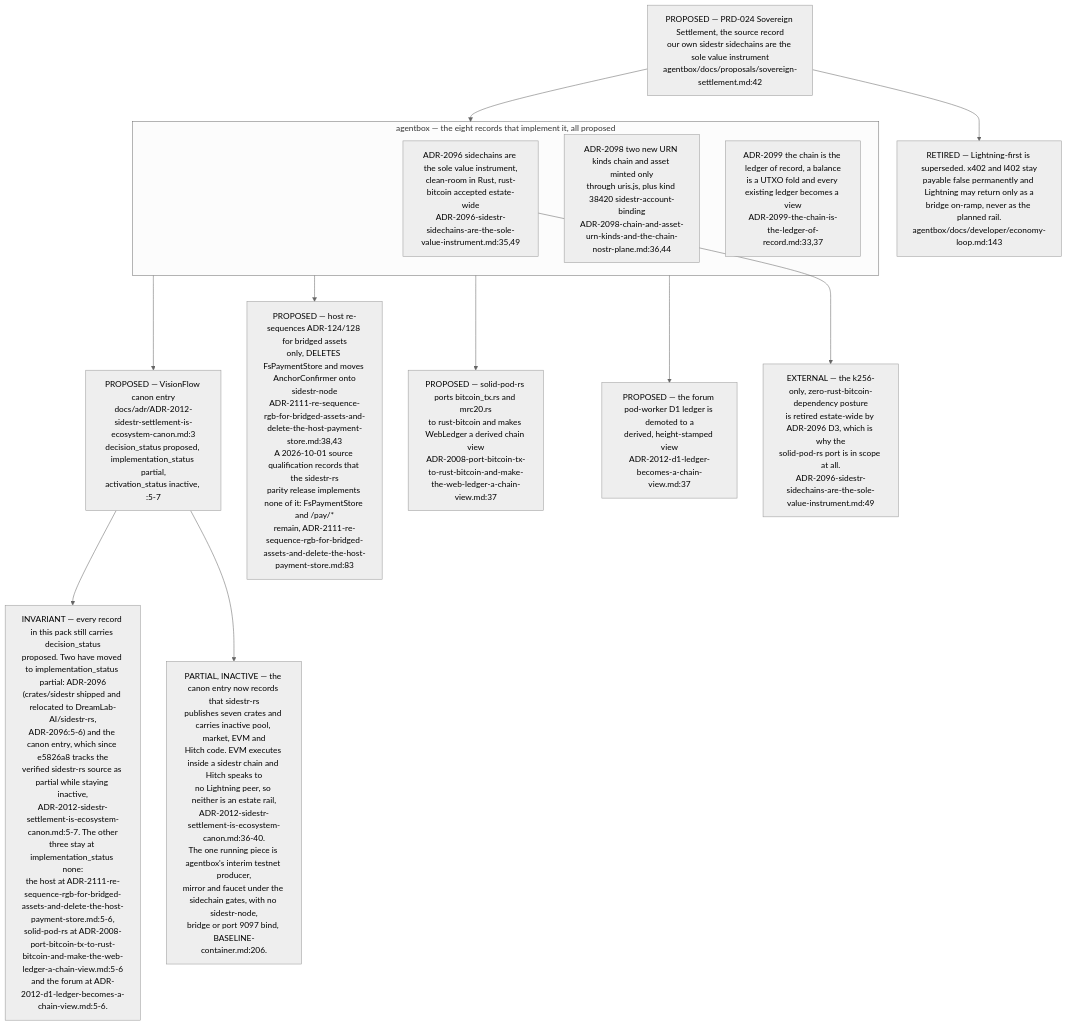
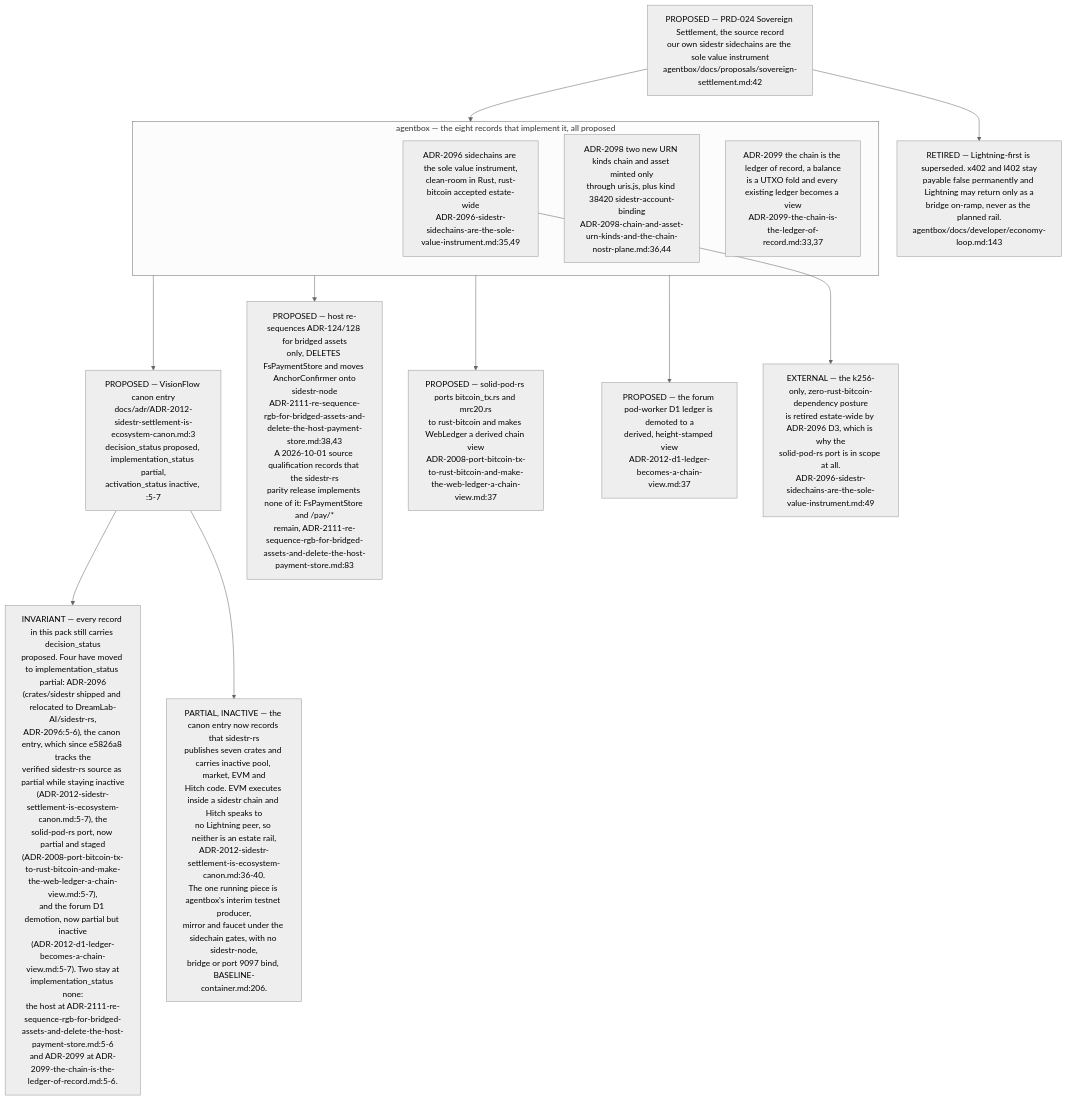
Diagram 11 of 12 in docs/diagrams/estate/03-cross-repo-federation-contract.md (DreamLab-AI/VisionFlow), drawn with Mermaid (neutral theme) before and after one commit. The commit also changed other lines of this file and 111 other files, not shown here.

Commit message:
docs(diagrams): align estate maps with current source

````diff
--- a/docs/diagrams/estate/03-cross-repo-federation-contract.md
+++ b/docs/diagrams/estate/03-cross-repo-federation-contract.md
@@ -441,32 +445,32 @@
 ```mermaid
 flowchart TB
     PRD["PROPOSED — PRD-024 Sovereign Settlement, the source record<br/>our own sidestr sidechains are the sole value instrument<br/>agentbox/docs/proposals/sovereign-settlement.md:42"]
 
     subgraph AB["agentbox — the eight records that implement it, all proposed"]
         A96["ADR-2096 sidechains are the sole value instrument,<br/>clean-room in Rust, rust-bitcoin accepted estate-wide<br/>ADR-2096-sidestr-sidechains-are-the-sole-value-instrument.md:35,49"]
         A98["ADR-2098 two new URN kinds chain and asset minted only<br/>through uris.js, plus kind 38420 sidestr-account-binding<br/>ADR-2098-chain-and-asset-urn-kinds-and-the-chain-nostr-plane.md:36,44"]
         A99["ADR-2099 the chain is the ledger of record, a balance<br/>is a UTXO fold and every existing ledger becomes a view<br/>ADR-2099-the-chain-is-the-ledger-of-record.md:33,37"]
     end
     PRD --> AB
 
     CANON["PROPOSED — VisionFlow canon entry<br/>docs/adr/ADR-2012-sidestr-settlement-is-ecosystem-canon.md:3<br/>decision_status proposed, implementation_status partial,<br/>activation_status inactive, :5-7"]
     HOST["PROPOSED — host re-sequences ADR-124/128 for bridged assets<br/>only, DELETES FsPaymentStore and moves AnchorConfirmer onto<br/>sidestr-node<br/>ADR-2111-re-sequence-rgb-for-bridged-assets-and-delete-the-host-payment-store.md:38,43<br/>A 2026-10-01 source qualification records that the sidestr-rs<br/>parity release implements none of it: FsPaymentStore and /pay/*<br/>remain, ADR-2111-re-sequence-rgb-for-bridged-assets-and-delete-the-host-payment-store.md:83"]
     SPR["PROPOSED — solid-pod-rs ports bitcoin_tx.rs and mrc20.rs<br/>to rust-bitcoin and makes WebLedger a derived chain view<br/>ADR-2008-port-bitcoin-tx-to-rust-bitcoin-and-make-the-web-ledger-a-chain-view.md:37"]
     FRM["PROPOSED — the forum pod-worker D1 ledger is demoted to a<br/>derived, height-stamped view<br/>ADR-2012-d1-ledger-becomes-a-chain-view.md:37"]
 
     AB --> CANON
     AB --> HOST
     AB --> SPR
     AB --> FRM
 
-    INV["INVARIANT — every record in this pack still carries decision_status<br/>proposed. Two have moved to implementation_status partial: ADR-2096<br/>(crates/sidestr shipped and relocated to DreamLab-AI/sidestr-rs,<br/>ADR-2096:5-6) and the canon entry, which since e5826a8 tracks the<br/>verified sidestr-rs source as partial while staying inactive,<br/>ADR-2012-sidestr-settlement-is-ecosystem-canon.md:5-7. The other<br/>three stay at implementation_status none:<br/>the host at ADR-2111-re-sequence-rgb-for-bridged-assets-and-delete-the-host-payment-store.md:5-6,<br/>solid-pod-rs at ADR-2008-port-bitcoin-tx-to-rust-bitcoin-and-make-the-web-ledger-a-chain-view.md:5-6<br/>and the forum at ADR-2012-d1-ledger-becomes-a-chain-view.md:5-6."]
+    INV["INVARIANT — every record in this pack still carries decision_status<br/>proposed. Four have moved to implementation_status partial: ADR-2096<br/>(crates/sidestr shipped and relocated to DreamLab-AI/sidestr-rs,<br/>ADR-2096:5-6), the canon entry, which since e5826a8 tracks the<br/>verified sidestr-rs source as partial while staying inactive<br/>(ADR-2012-sidestr-settlement-is-ecosystem-canon.md:5-7), the<br/>solid-pod-rs port, now partial and staged<br/>(ADR-2008-port-bitcoin-tx-to-rust-bitcoin-and-make-the-web-ledger-a-chain-view.md:5-7),<br/>and the forum D1 demotion, now partial but inactive<br/>(ADR-2012-d1-ledger-becomes-a-chain-view.md:5-7). Two stay at<br/>implementation_status none:<br/>the host at ADR-2111-re-sequence-rgb-for-bridged-assets-and-delete-the-host-payment-store.md:5-6<br/>and ADR-2099 at ADR-2099-the-chain-is-the-ledger-of-record.md:5-6."]
     CANON --> INV
     SRCST["PARTIAL, INACTIVE — the canon entry now records that sidestr-rs<br/>publishes seven crates and carries inactive pool, market, EVM and<br/>Hitch code. EVM executes inside a sidestr chain and Hitch speaks to<br/>no Lightning peer, so neither is an estate rail,<br/>ADR-2012-sidestr-settlement-is-ecosystem-canon.md:36-40.<br/>The one running piece is agentbox's interim testnet producer,<br/>mirror and faucet under the sidechain gates, with no sidestr-node,<br/>bridge or port 9097 bind, BASELINE-container.md:206."]
     CANON --> SRCST
 
     RET["RETIRED — Lightning-first is superseded. x402 and l402 stay<br/>payable false permanently and Lightning may return only as a<br/>bridge on-ramp, never as the planned rail.<br/>agentbox/docs/developer/economy-loop.md:143"]
     PRD --> RET
 
     KILL["EXTERNAL — the k256-only, zero-rust-bitcoin-dependency posture<br/>is retired estate-wide by ADR-2096 D3, which is why the<br/>solid-pod-rs port is in scope at all.<br/>ADR-2096-sidestr-sidechains-are-the-sole-value-instrument.md:49"]
     A96 --> KILL
 ```
````
